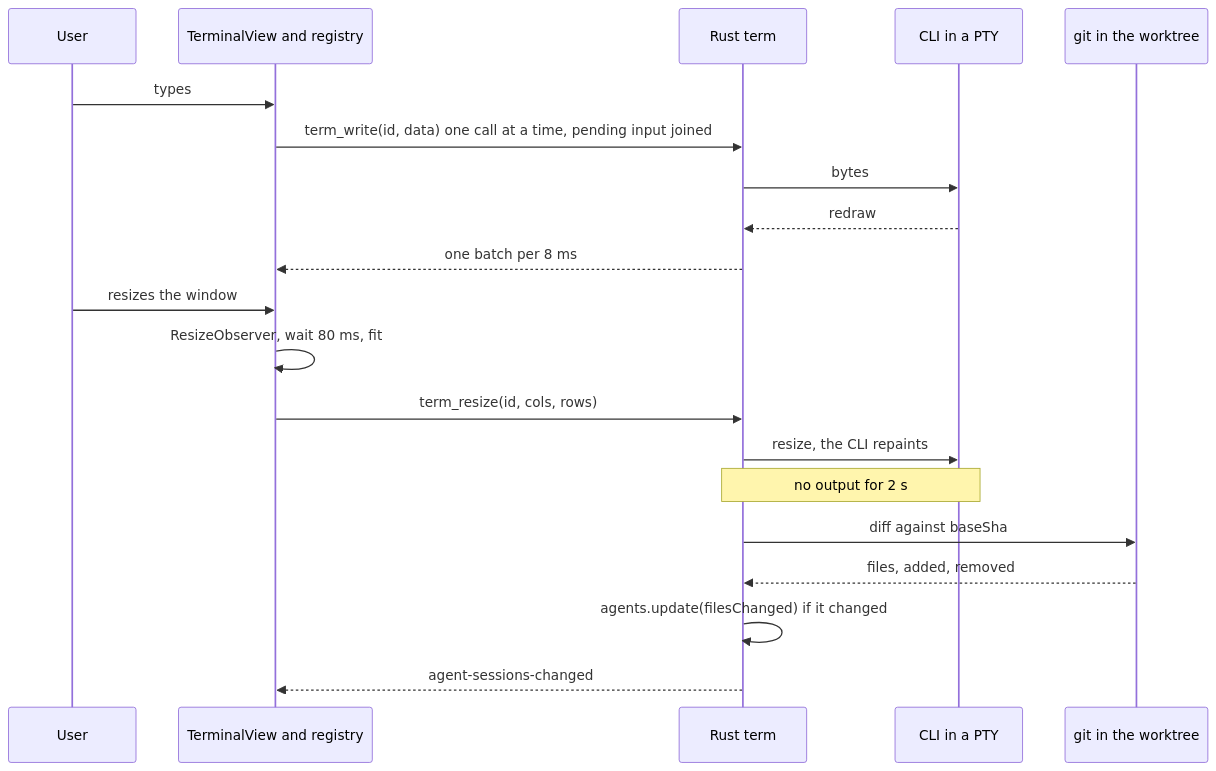
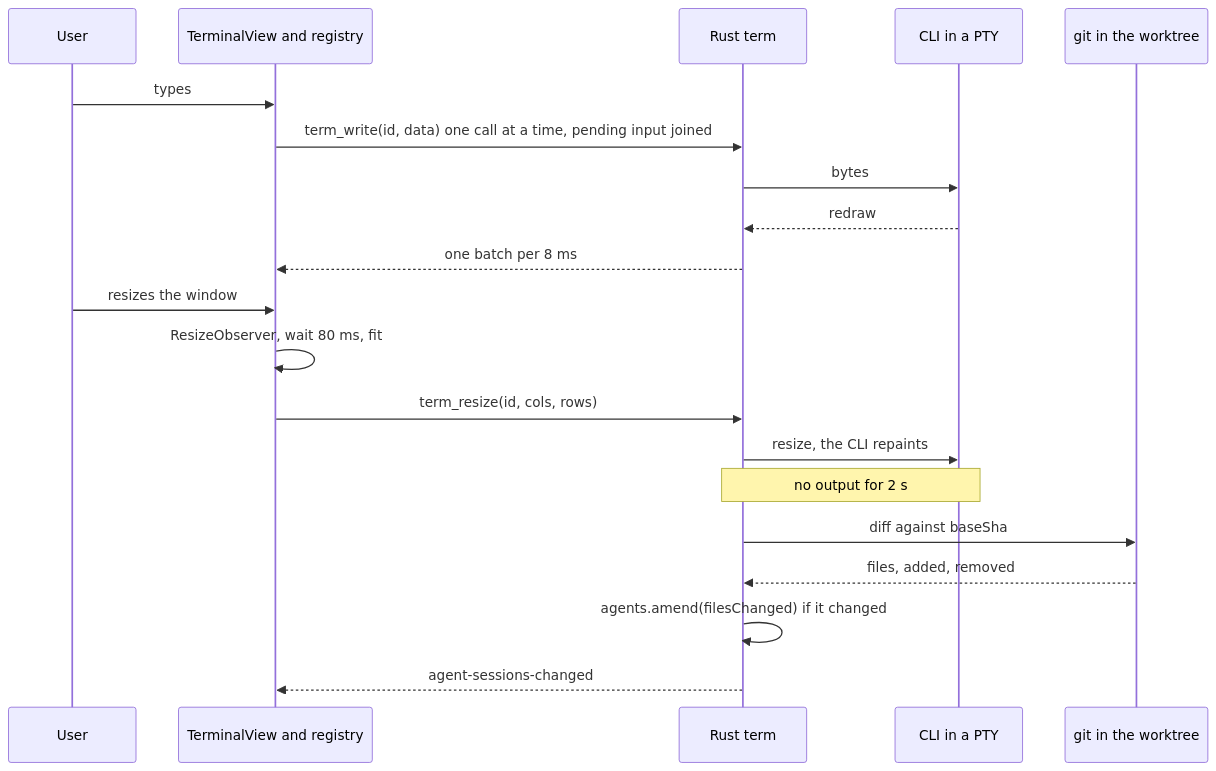
The second of 5 diagrams in docs/plans/phase-5-codex-and-terminal.md (tyler59simon/agentic-hivemind-app), drawn with Mermaid before and after one commit. The commit also changed other lines of this file, not shown here.

````diff
--- a/docs/plans/phase-5-codex-and-terminal.md
+++ b/docs/plans/phase-5-codex-and-terminal.md
@@ -648,22 +715,22 @@
 ```mermaid
 sequenceDiagram
     participant U as User
     participant W as TerminalView and registry
     participant T as Rust term
     participant C as CLI in a PTY
     participant G as git in the worktree
     U->>W: types
     W->>T: term_write(id, data) one call at a time, pending input joined
     T->>C: bytes
     C-->>T: redraw
     T-->>W: one batch per 8 ms
     U->>W: resizes the window
     W->>W: ResizeObserver, wait 80 ms, fit
     W->>T: term_resize(id, cols, rows)
     T->>C: resize, the CLI repaints
     Note over T,C: no output for 2 s
     T->>G: diff against baseSha
     G-->>T: files, added, removed
-    T->>T: agents.update(filesChanged) if it changed
+    T->>T: agents.amend(filesChanged) if it changed
     T-->>W: agent-sessions-changed
 ```
````
